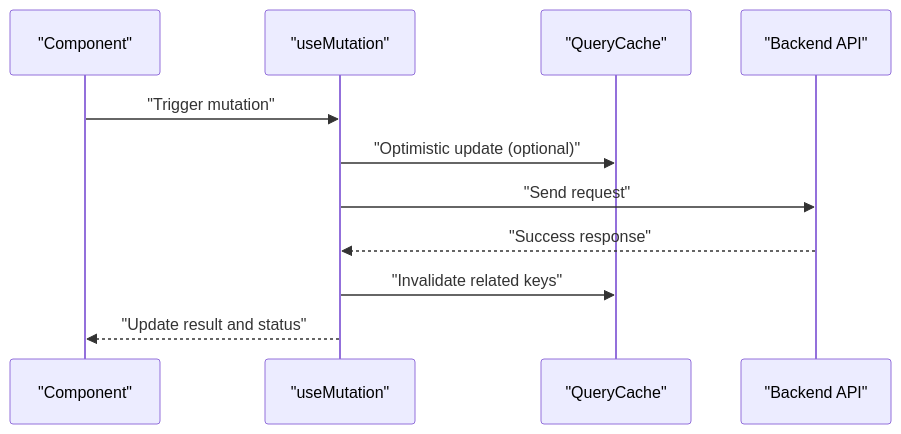
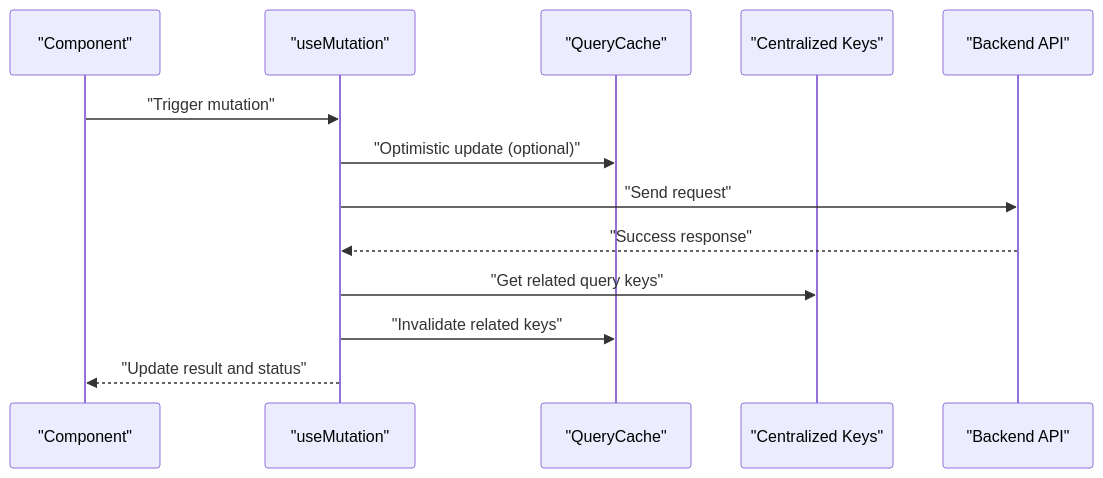
Before and after one commit to franckylab/eLISAschool: the fifth of 6 diagrams in .qoder/repowiki/en/content/System Architecture/Frontend Architecture/State Management/React Query Integration.md, drawn with Mermaid. The commit also changed other lines of this file and 6 other files, not shown here.

````diff
--- a/.qoder/repowiki/en/content/System Architecture/Frontend Architecture/State Management/React Query Integration.md
+++ b/.qoder/repowiki/en/content/System Architecture/Frontend Architecture/State Management/React Query Integration.md
@@ -220,13 +278,15 @@
 ```mermaid
 sequenceDiagram
 participant UI as "Component"
 participant Mutate as "useMutation"
 participant Cache as "QueryCache"
+participant Keys as "Centralized Keys"
 participant API as "Backend API"
 UI->>Mutate : "Trigger mutation"
 Mutate->>Cache : "Optimistic update (optional)"
 Mutate->>API : "Send request"
 API-->>Mutate : "Success response"
+Mutate->>Keys : "Get related query keys"
 Mutate->>Cache : "Invalidate related keys"
 Mutate-->>UI : "Update result and status"
 ```
````
